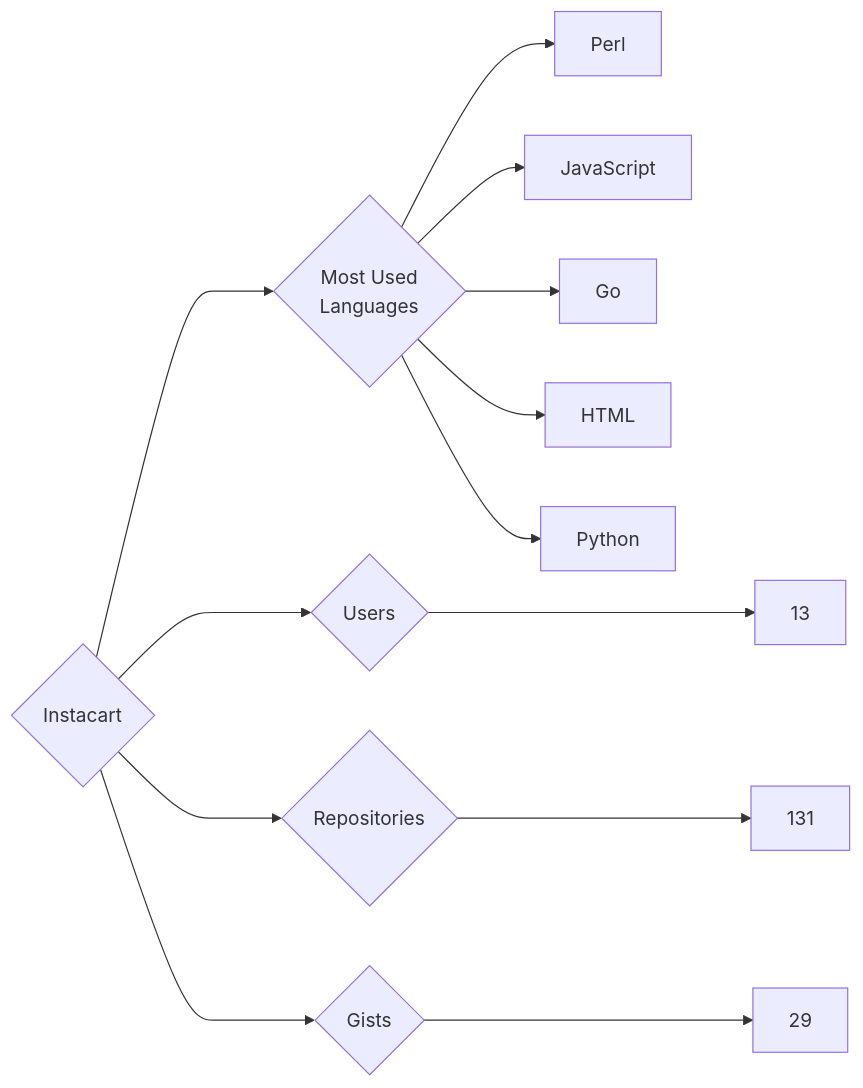
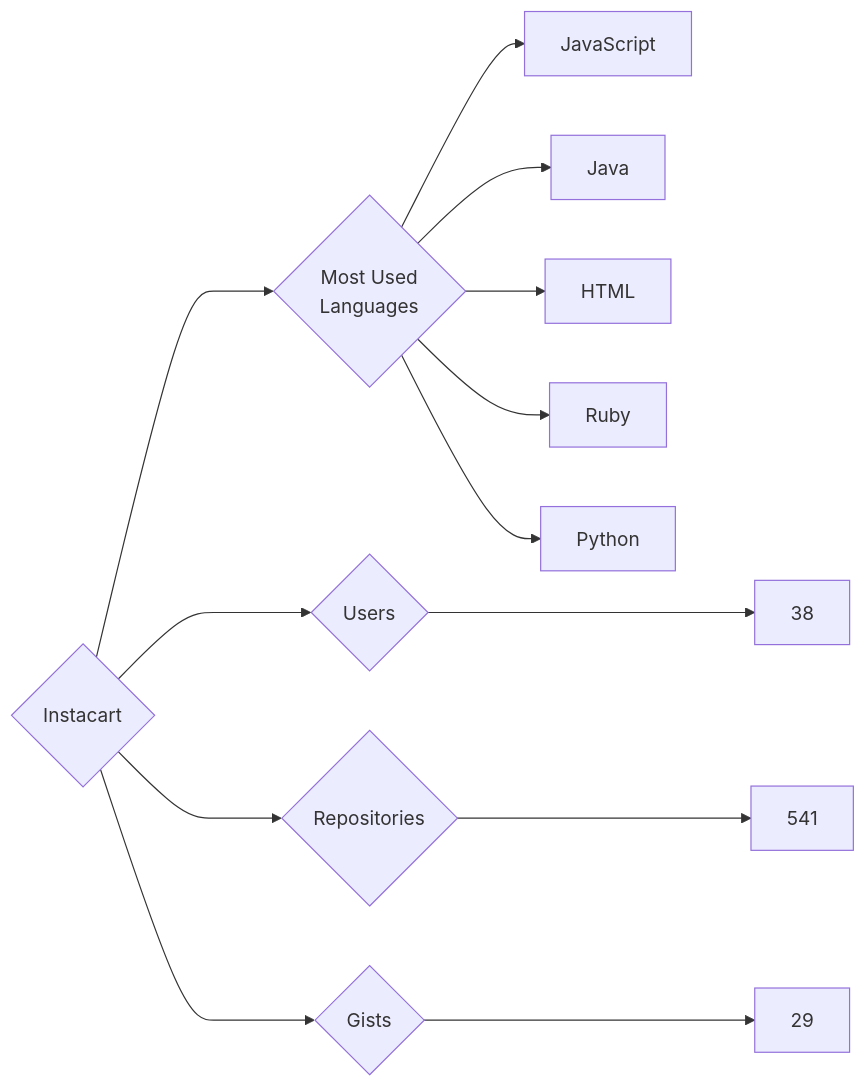
One commit to trickest/insiders changed the diagram in targets/Instacart/README.md. Above: the diagram before and after it, drawn with Mermaid. The commit also changed 874 other files, not shown here.

````diff
--- a/targets/Instacart/README.md
+++ b/targets/Instacart/README.md
@@ -3,13 +3,13 @@
 ```mermaid
 graph LR
 COMPANY_NAME{Instacart}
-COMPANY_NAME ---> U{Users} ---> UN[13]
-COMPANY_NAME ---> R{Repositories} ---> RN[131]
+COMPANY_NAME ---> U{Users} ---> UN[38]
+COMPANY_NAME ---> R{Repositories} ---> RN[541]
 COMPANY_NAME ---> G{Gists} ---> GN[29]
 COMPANY_NAME ---> ML{Most Used<br>Languages}
-ML --> Perl[Perl]
 ML --> JavaScript[JavaScript]
-ML --> Go[Go]
+ML --> Java[Java]
 ML --> HTML[HTML]
+ML --> Ruby[Ruby]
 ML --> Python[Python]
 ```
````
